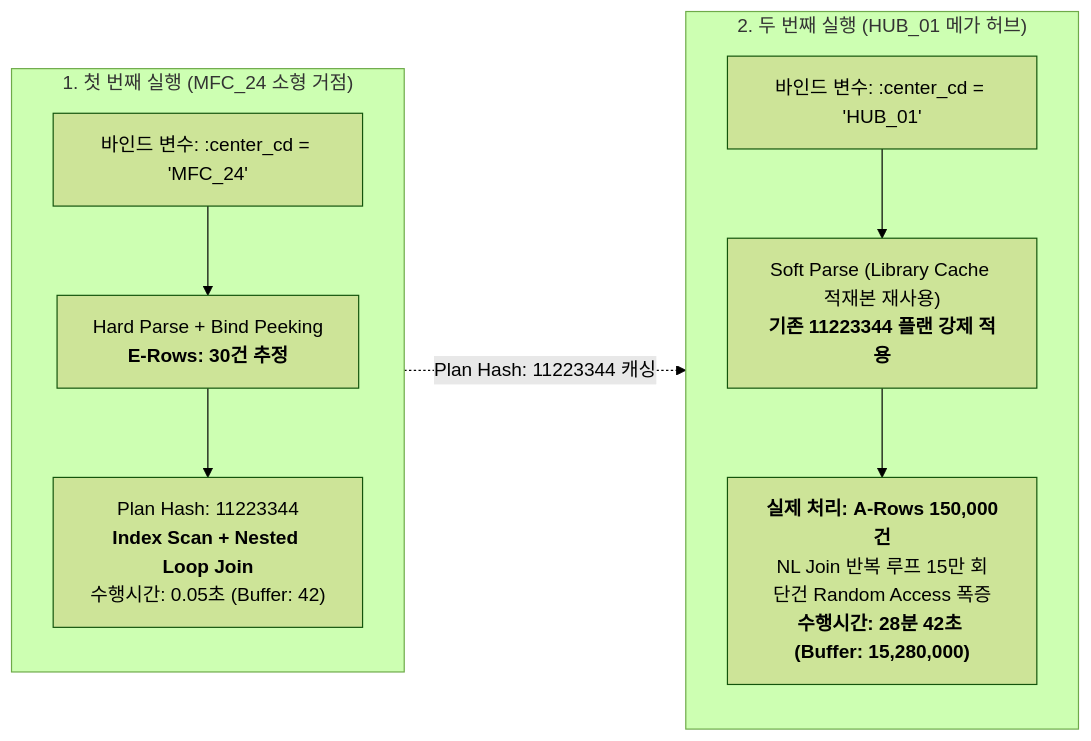
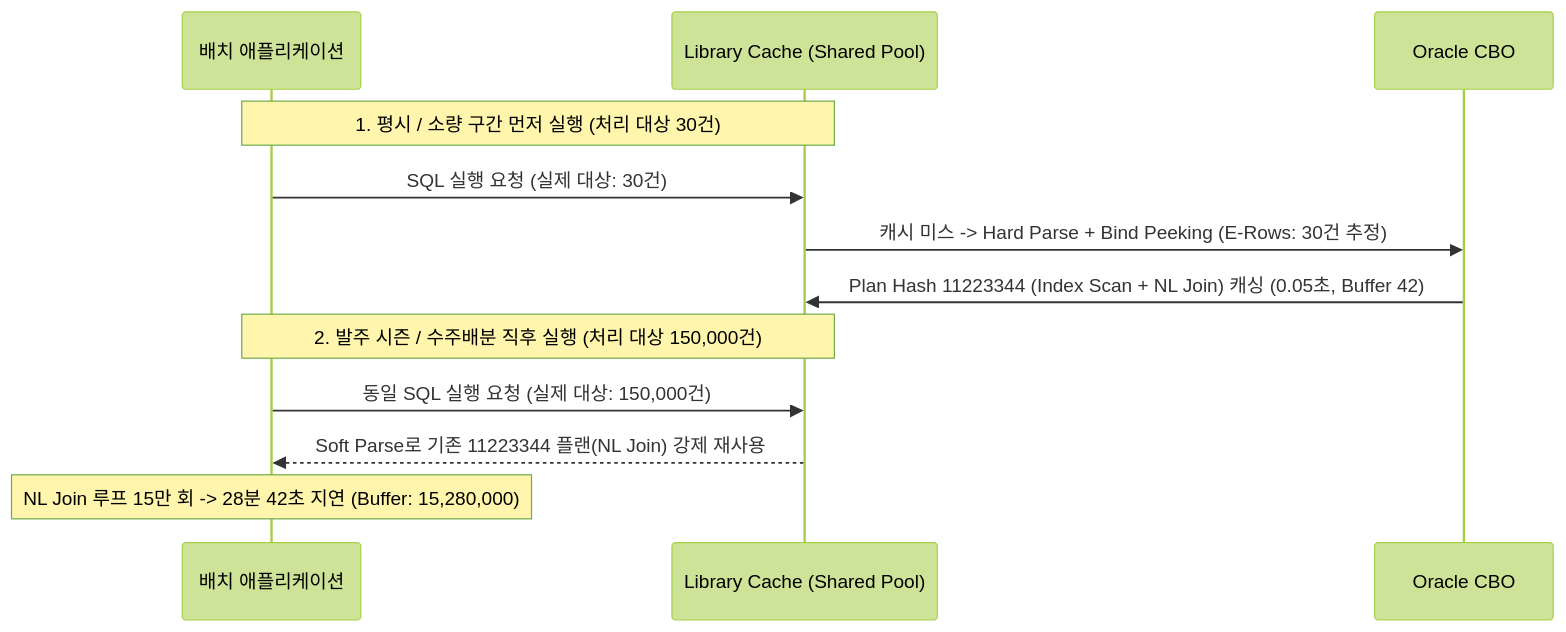
The second of 5 diagrams in docs/dbms/oracle/batch-execution-plan-instability-spm-tuning.md (djpibo/djpibo.github.io), drawn with Mermaid (forest theme) before and after one commit. The commit also changed other lines of this file, not shown here.

Commit message:
docs(oracle): align batch skew scenario to normal vs peak order season

````diff
--- a/docs/dbms/oracle/batch-execution-plan-instability-spm-tuning.md
+++ b/docs/dbms/oracle/batch-execution-plan-instability-spm-tuning.md
@@ -121,21 +103,16 @@
 ```mermaid
-flowchart LR
+sequenceDiagram
+    participant App as 배치 애플리케이션
+    participant Cache as Library Cache (Shared Pool)
+    participant CBO as Oracle CBO
 
-    subgraph Timeline["1. 첫 번째 실행 (MFC_24 소형 거점)"]
-        direction TB
-        P1["바인드 변수: :center_cd = 'MFC_24'"]
-        HP1["Hard Parse + Bind Peeking<br/><b>E-Rows: 30건 추정</b>"]
-        PLAN1["Plan Hash: 11223344<br/><b>Index Scan + Nested Loop Join</b><br/>수행시간: 0.05초 (Buffer: 42)"]
-        P1 --> HP1 --> PLAN1
-    end
+    Note over App,Cache: 1. 평시 / 소량 구간 먼저 실행 (처리 대상 30건)
+    App->>Cache: SQL 실행 요청 (실제 대상: 30건)
+    Cache->>CBO: 캐시 미스 -> Hard Parse + Bind Peeking (E-Rows: 30건 추정)
+    CBO->>Cache: Plan Hash 11223344 (Index Scan + NL Join) 캐싱 (0.05초, Buffer 42)
 
-    subgraph Execution["2. 두 번째 실행 (HUB_01 메가 허브)"]
-        direction TB
-        P2["바인드 변수: :center_cd = 'HUB_01'"]
-        SP2["Soft Parse (Library Cache 적재본 재사용)<br/><b>기존 11223344 플랜 강제 적용</b>"]
-        PLAN2["<b>실제 처리: A-Rows 150,000건</b><br/>NL Join 반복 루프 15만 회<br/>단건 Random Access 폭증<br/><b>수행시간: 28분 42초 (Buffer: 15,280,000)</b>"]
-        P2 --> SP2 --> PLAN2
-    end
-
-    PLAN1 -.->|"Plan Hash: 11223344 캐싱"| SP2
+    Note over App,Cache: 2. 발주 시즌 / 수주배분 직후 실행 (처리 대상 150,000건)
+    App->>Cache: 동일 SQL 실행 요청 (실제 대상: 150,000건)
+    Cache-->>App: Soft Parse로 기존 11223344 플랜(NL Join) 강제 재사용
+    Note over App: NL Join 루프 15만 회 -> 28분 42초 지연 (Buffer: 15,280,000)
 ```
````
